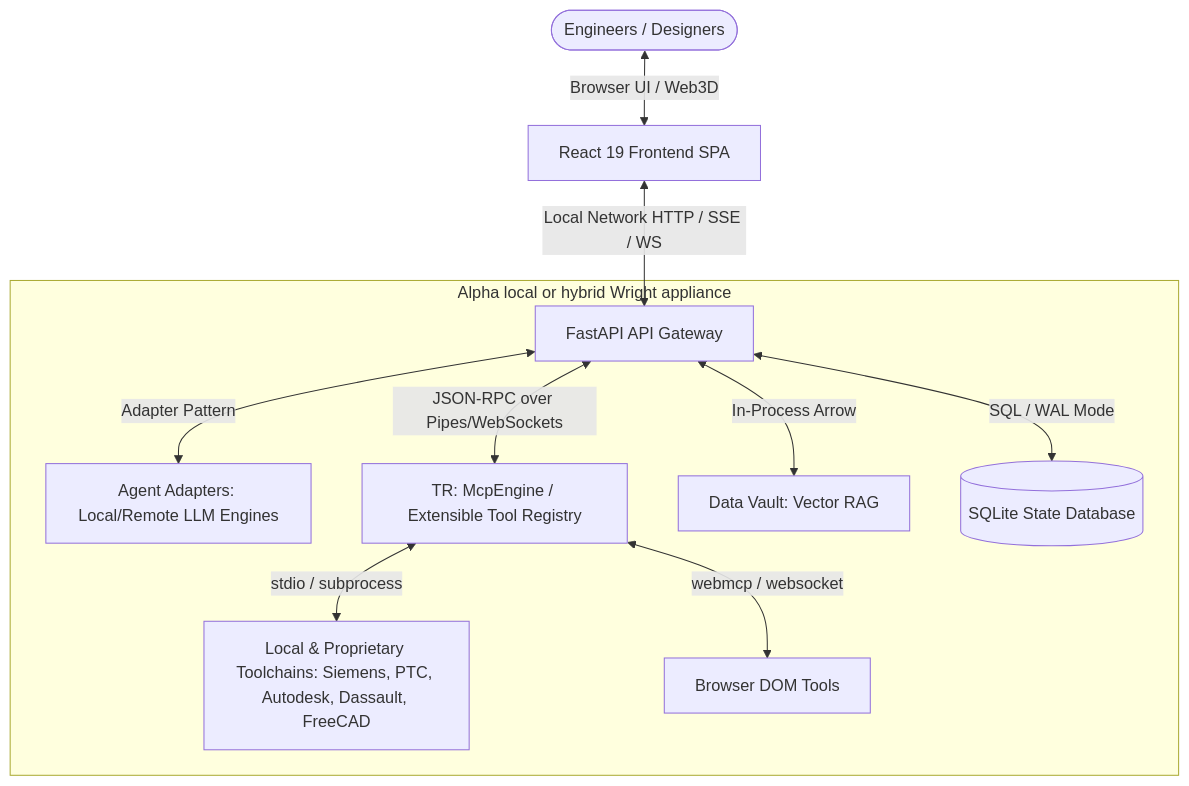
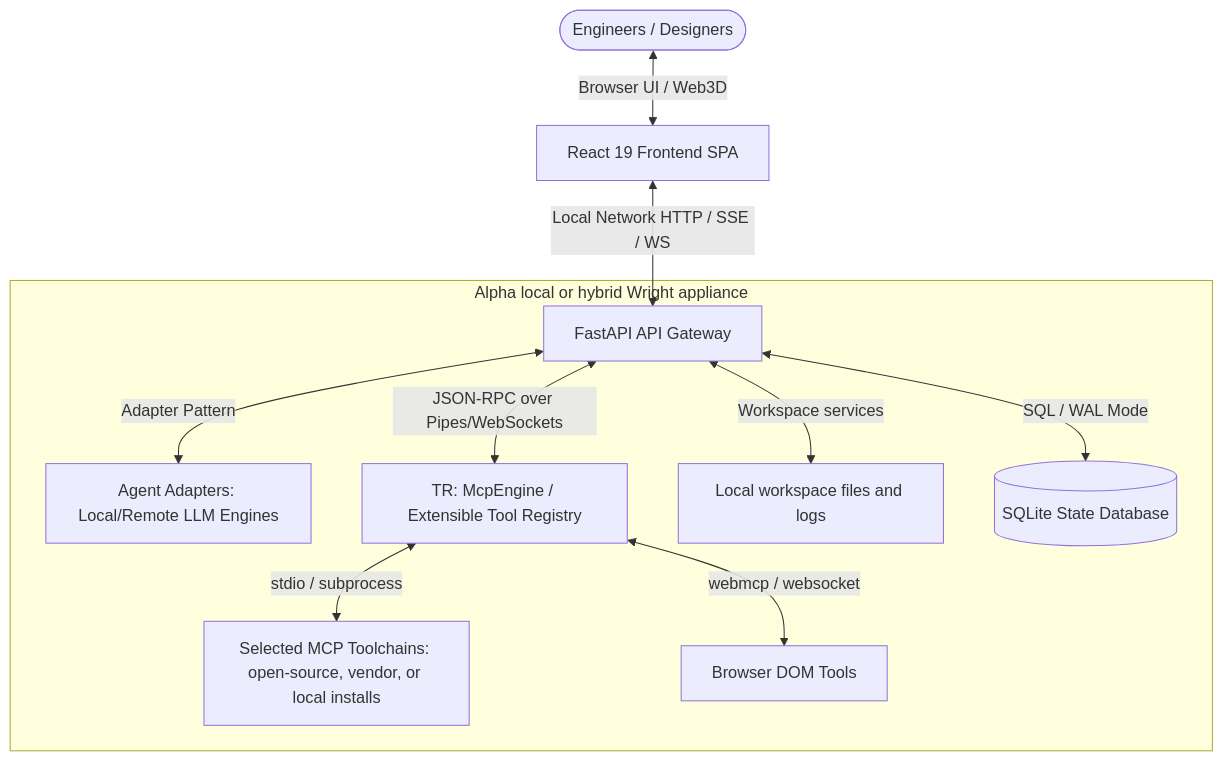
The first of 4 diagrams in docs/technical_analysis.md (burhop/wright), drawn with Mermaid before and after one commit. The commit also changed other lines of this file and 20 other files, not shown here.

````diff
--- a/docs/technical_analysis.md
+++ b/docs/technical_analysis.md
@@ -39,15 +39,15 @@
 ```mermaid
 graph TD
     User([Engineers / Designers]) <--> |Browser UI / Web3D| FE[React 19 Frontend SPA]
     FE <--> |Local Network HTTP / SSE / WS| BE[FastAPI API Gateway]
     
     subgraph WrightAlpha["Alpha local or hybrid Wright appliance"]
         BE <--> |Adapter Pattern| AA[Agent Adapters: Local/Remote LLM Engines]
         BE <--> |JSON-RPC over Pipes/WebSockets| TR[TR: McpEngine / Extensible Tool Registry]
-        BE <--> |In-Process Arrow| DV[Data Vault: Vector RAG]
+        BE <--> |Workspace services| WS[Local workspace files and logs]
         BE <--> |SQL / WAL Mode| DB[(SQLite State Database)]
         
-        TR <--> |stdio / subprocess| SC[Local & Proprietary Toolchains: Siemens, PTC, Autodesk, Dassault, FreeCAD]
+        TR <--> |stdio / subprocess| SC[Selected MCP Toolchains: open-source, vendor, or local installs]
         TR <--> |webmcp / websocket| BR[Browser DOM Tools]
     end
 ```
````
